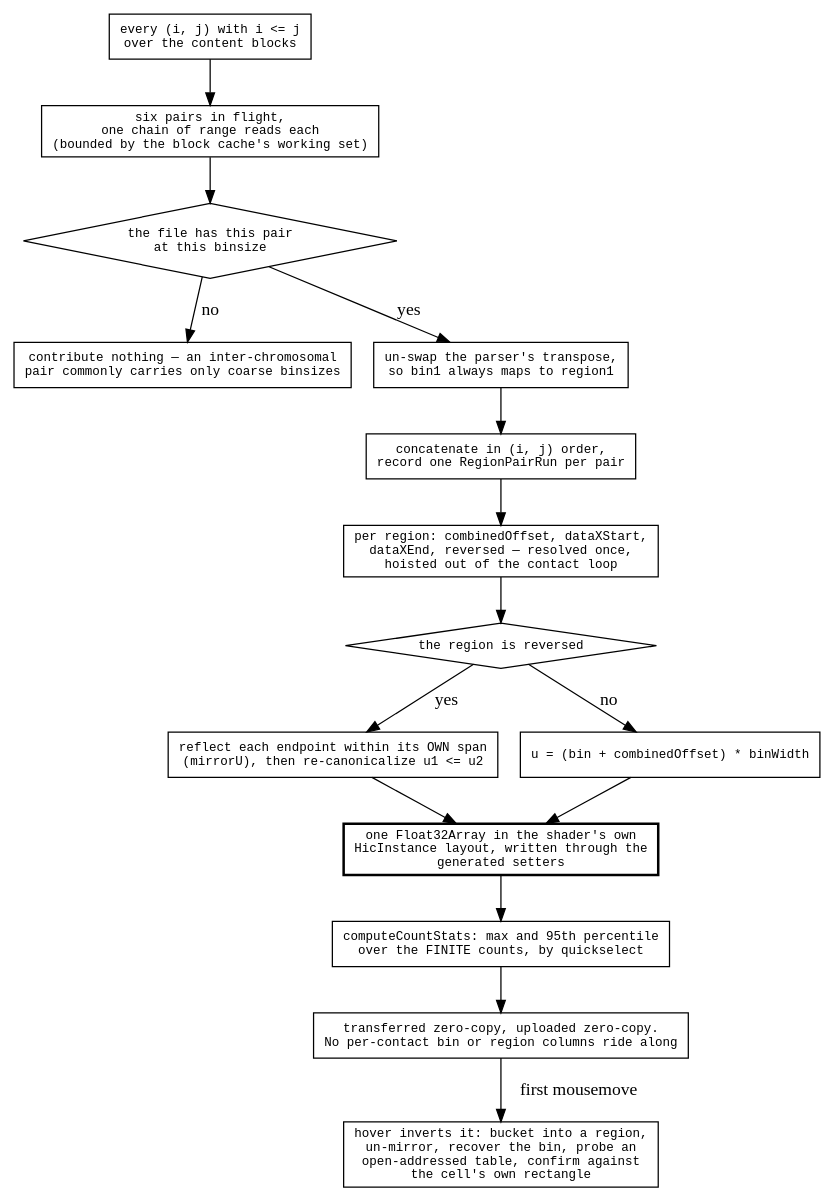
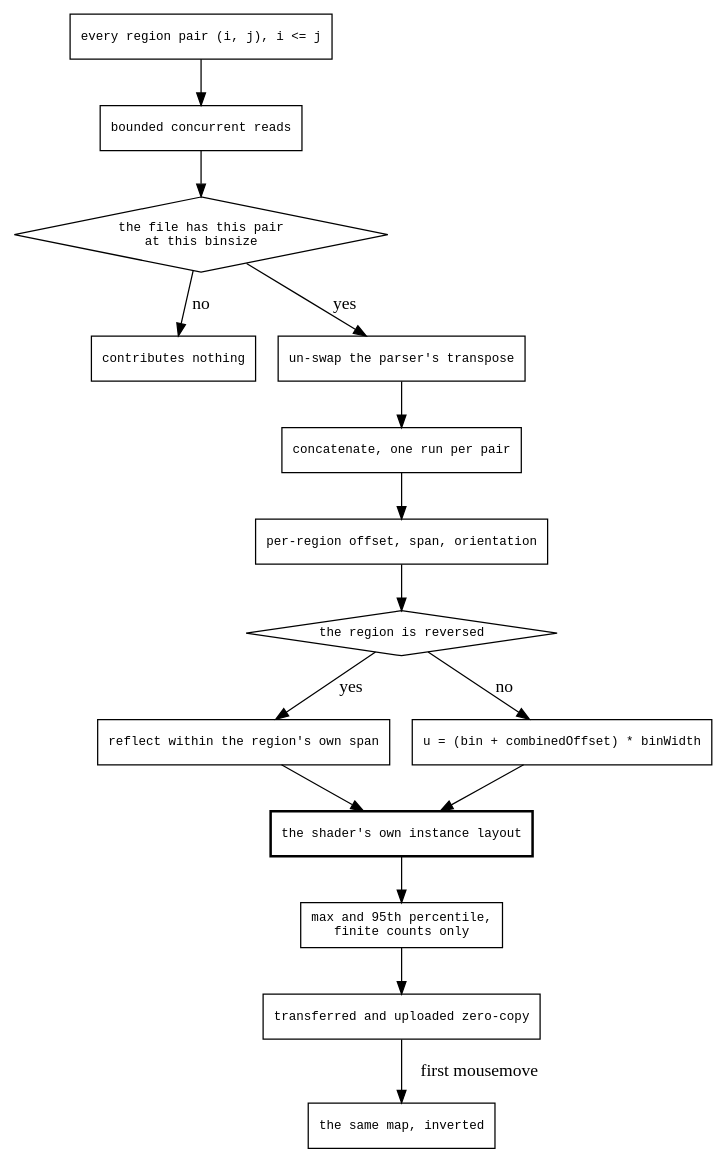
Before and after one commit to GMOD/jbrowse-components: the diagram in agent-docs/mechanisms/diagrams/hic-pack.dot, drawn with Graphviz. The commit also changed 16 other files, not shown here.

First line of the commit message:
docs: state the maf and hi-c maps against the naive version instead of the code

```diff
--- a/agent-docs/mechanisms/diagrams/hic-pack.dot
+++ b/agent-docs/mechanisms/diagrams/hic-pack.dot
@@ -1,40 +1,38 @@
 digraph hic_pack {
   rankdir=TB
   node [shape=box fontname=monospace fontsize=10]
   { node [shape=diamond] hasData; rev }
 
-  pairs [label="every (i, j) with i <= j\nover the content blocks"]
-  fetch [label="six pairs in flight,\none chain of range reads each\n(bounded by the block cache's working set)"]
+  pairs [label="every region pair (i, j), i <= j"]
+  fetch [label="bounded concurrent reads"]
   pairs -> fetch
   hasData [label="the file has this pair\nat this binsize"]
   fetch -> hasData
   hasData -> drop [label=" no"]
   hasData -> keep [label=" yes"]
-  drop [label="contribute nothing — an inter-chromosomal\npair commonly carries only coarse binsizes"]
-  keep [label="un-swap the parser's transpose,\nso bin1 always maps to region1"]
+  drop [label="contributes nothing"]
+  keep [label="un-swap the parser's transpose"]
 
-  concat [label="concatenate in (i, j) order,\nrecord one RegionPairRun per pair"]
+  concat [label="concatenate, one run per pair"]
   keep -> concat
-
-  layout [label="per region: combinedOffset, dataXStart,\ndataXEnd, reversed — resolved once,\nhoisted out of the contact loop"]
+  layout [label="per-region offset, span, orientation"]
   concat -> layout
 
   rev [label="the region is reversed"]
   layout -> rev
   rev -> mirror  [label=" yes"]
   rev -> forward [label=" no"]
-  mirror  [label="reflect each endpoint within its OWN span\n(mirrorU), then re-canonicalize u1 <= u2"]
+  mirror  [label="reflect within the region's own span"]
   forward [label="u = (bin + combinedOffset) * binWidth"]
 
-  pack [label="one Float32Array in the shader's own\nHicInstance layout, written through the\ngenerated setters", style=bold]
+  pack [label="the shader's own instance layout", style=bold]
   mirror -> pack  forward -> pack
 
-  stats [label="computeCountStats: max and 95th percentile\nover the FINITE counts, by quickselect"]
+  stats [label="max and 95th percentile,\nfinite counts only"]
   pack -> stats
-
-  wire [label="transferred zero-copy, uploaded zero-copy.\nNo per-contact bin or region columns ride along"]
+  wire [label="transferred and uploaded zero-copy"]
   stats -> wire
 
-  hover [label="hover inverts it: bucket into a region,\nun-mirror, recover the bin, probe an\nopen-addressed table, confirm against\nthe cell's own rectangle"]
+  hover [label="the same map, inverted"]
   wire -> hover [label=" first mousemove"]
 }
```
